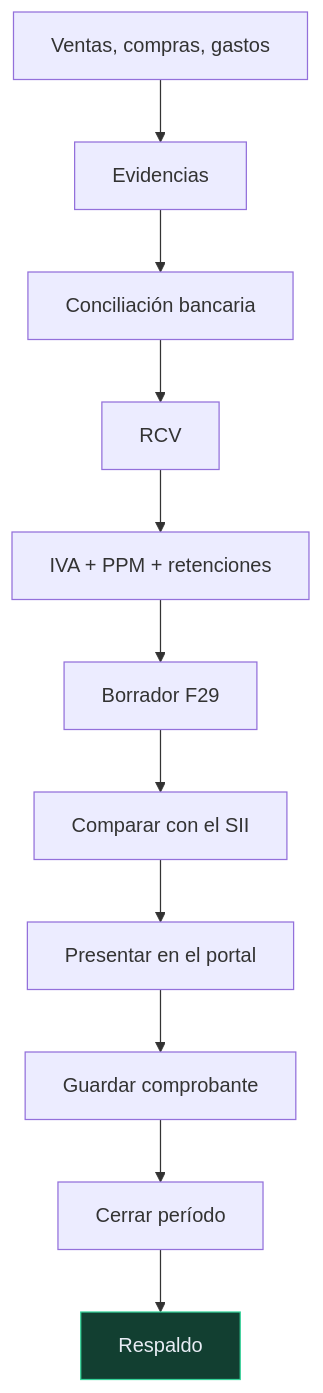
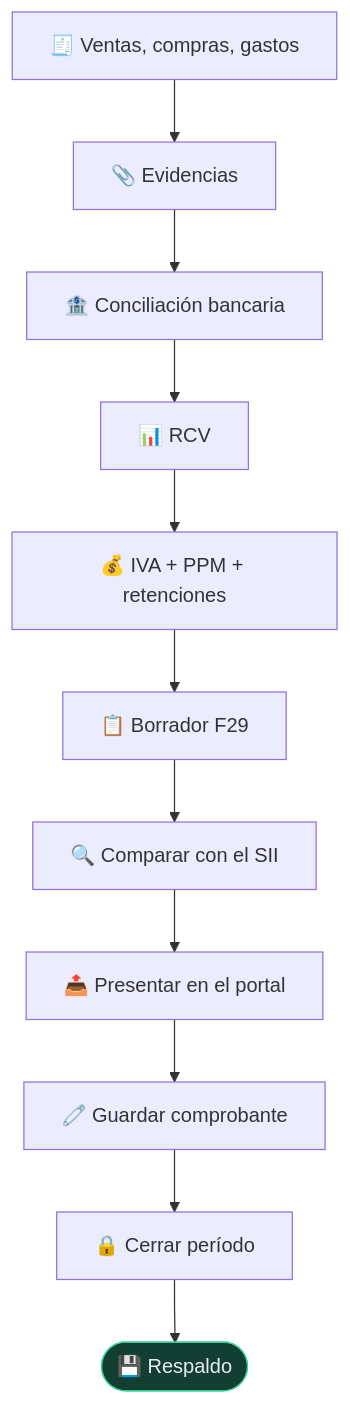
The fourth of 4 diagrams in README.md (vladimiracunadev-create/empresa-operativa-chile), drawn with Mermaid before and after one commit. The commit also changed other lines of this file and 46 other files, not shown here.

````diff
--- a/README.md
+++ b/README.md
@@ -181,14 +240,14 @@
 ```mermaid
 flowchart TB
-    A[Ventas, compras, gastos] --> B[Evidencias]
-    B --> C[Conciliación bancaria]
-    C --> D[RCV]
-    D --> E[IVA + PPM + retenciones]
-    E --> F[Borrador F29]
-    F --> G[Comparar con el SII]
-    G --> H[Presentar en el portal]
-    H --> I[Guardar comprobante]
-    I --> J[Cerrar período]
-    J --> K[Respaldo]
+    A["🧾 Ventas, compras, gastos"] --> B["📎 Evidencias"]
+    B --> C["🏦 Conciliación bancaria"]
+    C --> D["📊 RCV"]
+    D --> E["💰 IVA + PPM + retenciones"]
+    E --> F["📋 Borrador F29"]
+    F --> G["🔍 Comparar con el SII"]
+    G --> H["📤 Presentar en el portal"]
+    H --> I["🧷 Guardar comprobante"]
+    I --> J["🔒 Cerrar período"]
+    J --> K(["💾 Respaldo"])
     style K fill:#123f31,stroke:#34d399,color:#e8edf5
 ```
````
